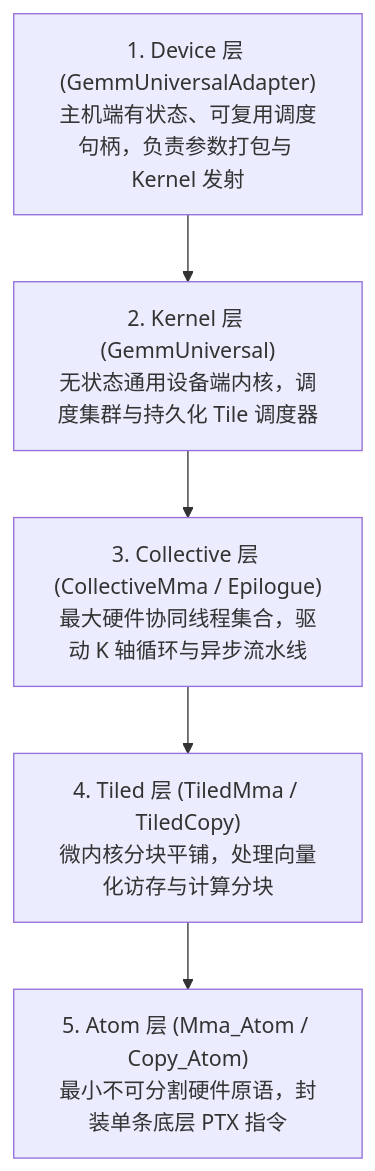
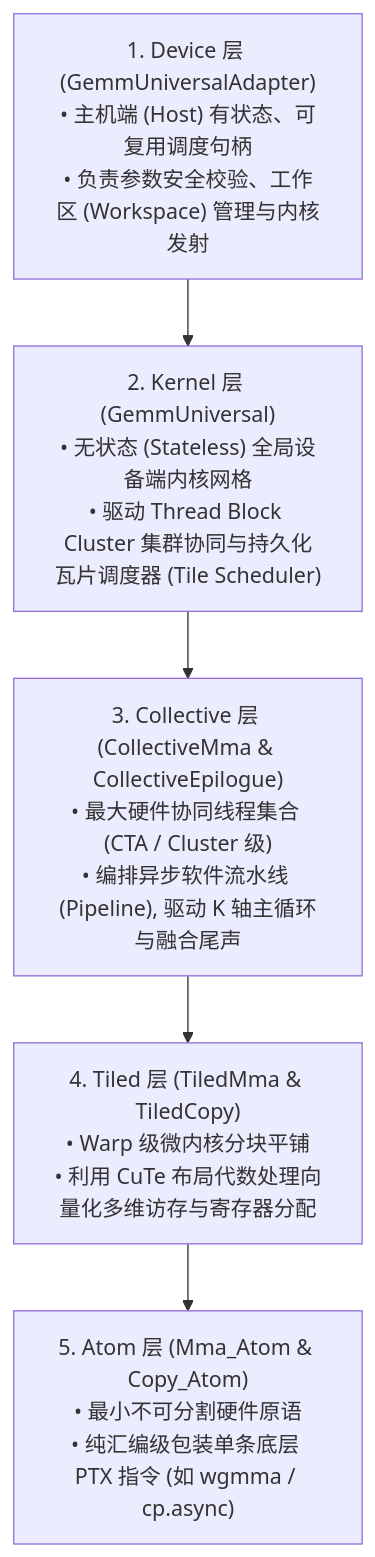
The first of 5 diagrams in docs/architecture/gemm_api_3x.md (MCJF28/cutlass-cute-zh), drawn with Mermaid before and after one commit. The commit also changed other lines of this file, not shown here.

Commit message:
docs: expand gemm_api_3x.md to 15k+ char monograph on CUTLASS 3.x 5-layer hierarchy and CollectiveBuilder

````diff
--- a/docs/architecture/gemm_api_3x.md
+++ b/docs/architecture/gemm_api_3x.md
@@ -8,13 +17,13 @@
 ```mermaid
 graph TD
-    Device["1. Device 层 (GemmUniversalAdapter)<br/>主机端有状态、可复用调度句柄，负责参数打包与 Kernel 发射"]
-    Kernel["2. Kernel 层 (GemmUniversal)<br/>无状态通用设备端内核，调度集群与持久化 Tile 调度器"]
-    Collective["3. Collective 层 (CollectiveMma / Epilogue)<br/>最大硬件协同线程集合，驱动 K 轴循环与异步流水线"]
-    Tiled["4. Tiled 层 (TiledMma / TiledCopy)<br/>微内核分块平铺，处理向量化访存与计算分块"]
-    Atom["5. Atom 层 (Mma_Atom / Copy_Atom)<br/>最小不可分割硬件原语，封装单条底层 PTX 指令"]
+    Device["1. Device 层 (GemmUniversalAdapter)<br/>• 主机端 (Host) 有状态、可复用调度句柄<br/>• 负责参数安全校验、工作区 (Workspace) 管理与内核发射"]
+    Kernel["2. Kernel 层 (GemmUniversal)<br/>• 无状态 (Stateless) 全局设备端内核网格<br/>• 驱动 Thread Block Cluster 集群协同与持久化瓦片调度器 (Tile Scheduler)"]
+    Collective["3. Collective 层 (CollectiveMma & CollectiveEpilogue)<br/>• 最大硬件协同线程集合 (CTA / Cluster 级)<br/>• 编排异步软件流水线 (Pipeline), 驱动 K 轴主循环与融合尾声"]
+    Tiled["4. Tiled 层 (TiledMma & TiledCopy)<br/>• Warp 级微内核分块平铺<br/>• 利用 CuTe 布局代数处理向量化多维访存与寄存器分配"]
+    Atom["5. Atom 层 (Mma_Atom & Copy_Atom)<br/>• 最小不可分割硬件原语<br/>• 纯汇编级包装单条底层 PTX 指令 (如 wgmma / cp.async)"]
 
     Device --> Kernel
     Kernel --> Collective
     Collective --> Tiled
     Tiled --> Atom
 ```
````
